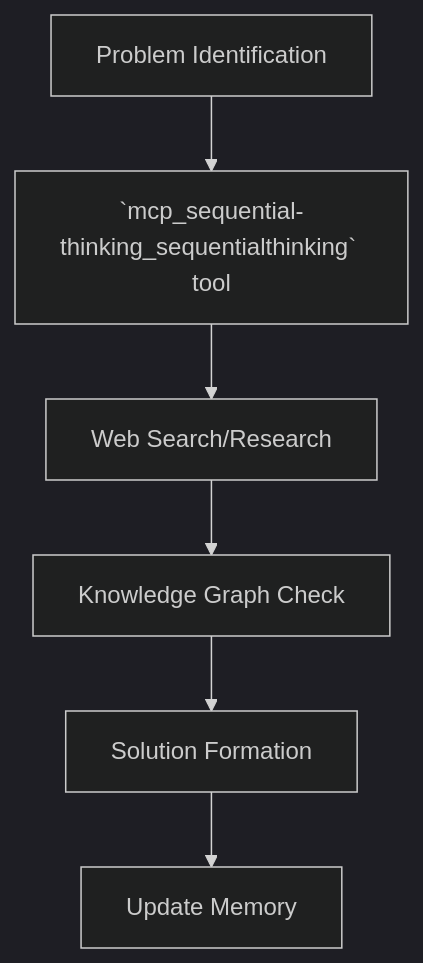
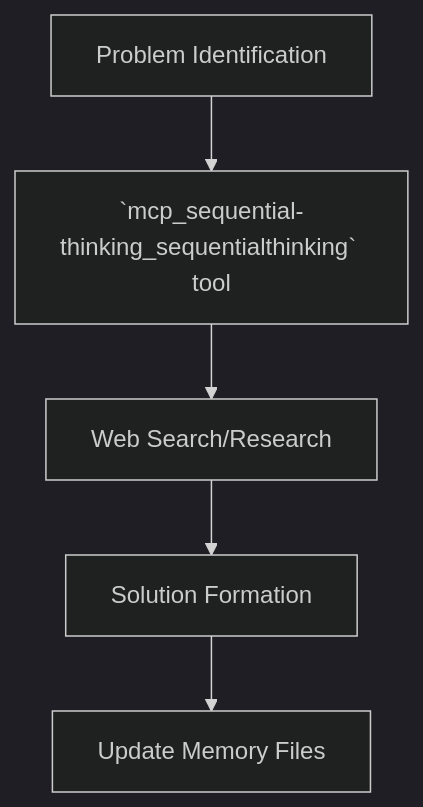
The diagram in .cursor/rules/mcp-tools-usage.mdc (bfra-me/works), drawn with Mermaid (dark theme) before and after one commit. The commit also changed other lines of this file and 9 other files, not shown here.

````diff
--- a/.cursor/rules/mcp-tools-usage.mdc
+++ b/.cursor/rules/mcp-tools-usage.mdc
@@ -44,8 +41,7 @@
         ```mermaid
         flowchart TD
             Start[Problem Identification] --> Think[`mcp_sequential-thinking_sequentialthinking` tool]
             Think --> Search[Web Search/Research]
-            Search --> Validate[Knowledge Graph Check]
-            Validate --> Conclude[Solution Formation]
-            Conclude --> Document[Update Memory]
+            Search --> Conclude[Solution Formation]
+            Conclude --> Document[Update Memory Files]
         ```
````
